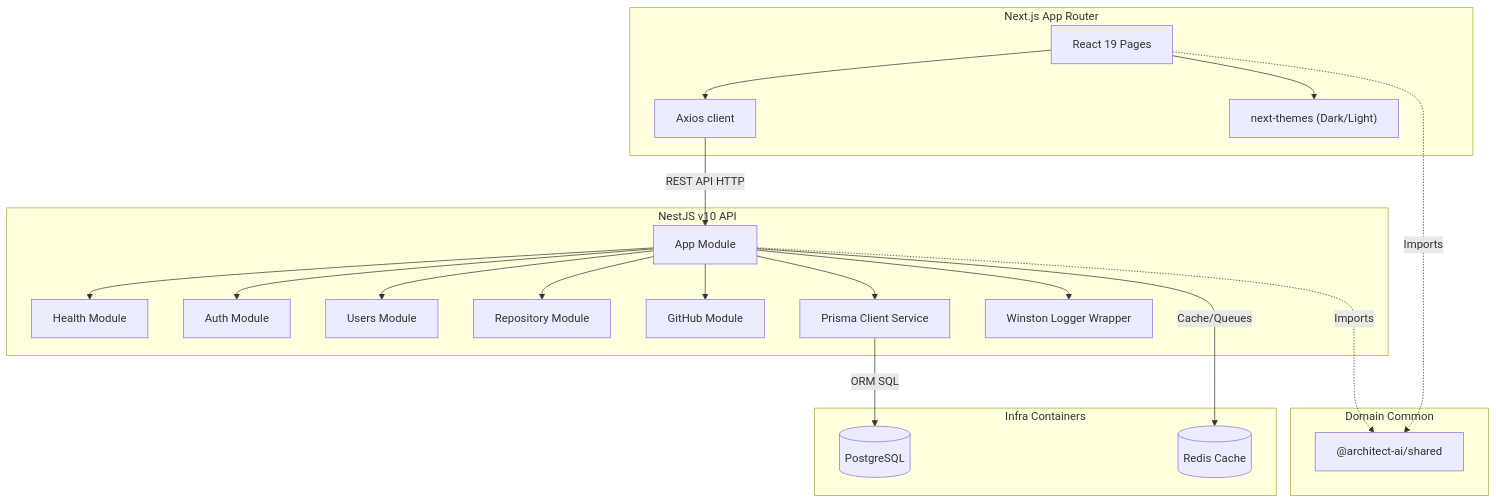
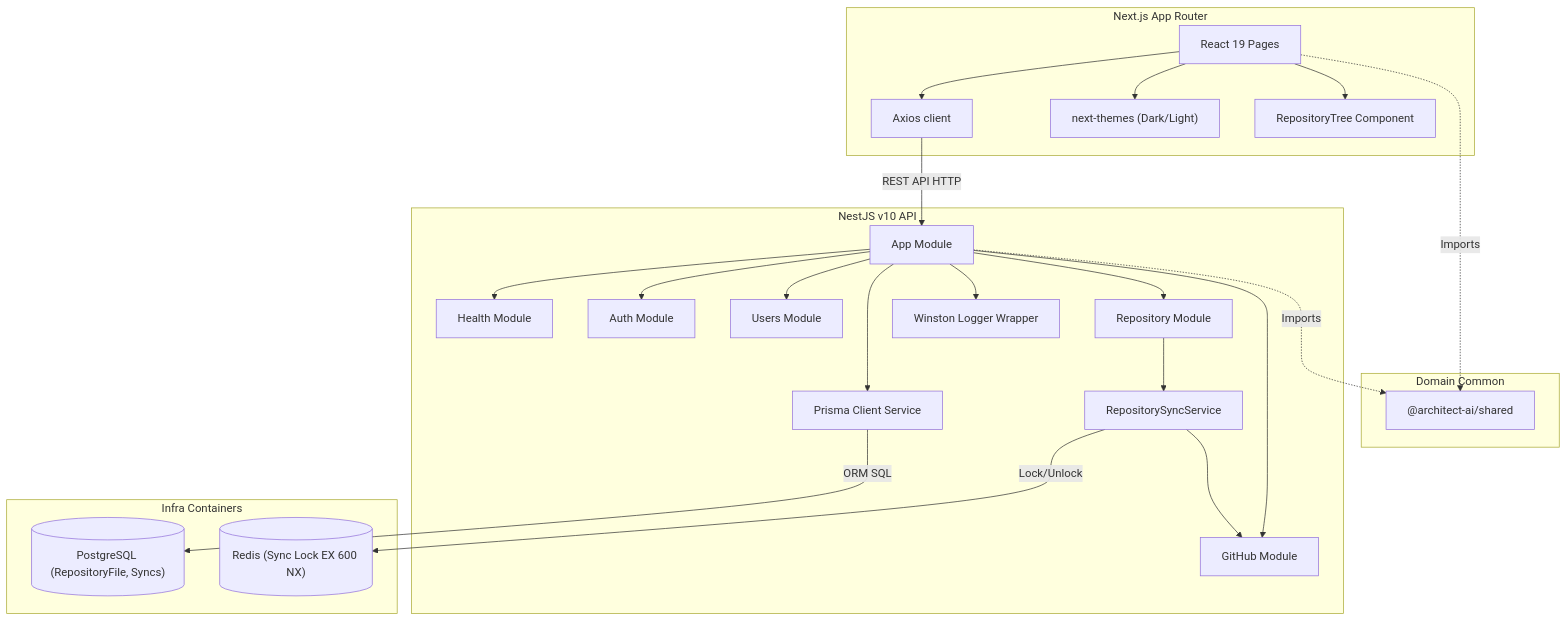
One commit to TROJAN1HAMMER/ArchitectureAI changed the diagram in README.md. Above: the diagram before and after it, drawn with Mermaid. The commit also changed other lines of this file and 23 other files, not shown here.

````diff
--- a/README.md
+++ b/README.md
@@ -45,45 +46,51 @@
 ```mermaid
 graph TD
     subgraph Frontend ["Next.js App Router"]
         UI["React 19 Pages"]
         Axios["Axios client"]
         Theme["next-themes (Dark/Light)"]
+        TreeUI["RepositoryTree Component"]
         UI --> Axios
         UI --> Theme
+        UI --> TreeUI
     end
 
     subgraph Shared ["Domain Common"]
         SharedLib["@architect-ai/shared"]
     end
 
     subgraph Backend ["NestJS v10 API"]
         App["App Module"]
         Health["Health Module"]
         Auth["Auth Module"]
         Users["Users Module"]
         Repo["Repository Module"]
+        RepoSync["RepositorySyncService"]
         GitHub["GitHub Module"]
         PrismaService["Prisma Client Service"]
         LoggerService["Winston Logger Wrapper"]
 
         App --> Health
         App --> Auth
         App --> Users
         App --> Repo
         App --> GitHub
         App --> PrismaService
         App --> LoggerService
+
+        Repo --> RepoSync
+        RepoSync --> GitHub
     end
 
     subgraph Persistence ["Infra Containers"]
-        Postgres[("PostgreSQL")]
-        Redis[("Redis Cache")]
+        Postgres[("PostgreSQL (RepositoryFile, Syncs)")]
+        Redis[("Redis (Sync Lock EX 600 NX)")]
     end
 
     Axios -->|REST API HTTP| App
     PrismaService -->|ORM SQL| Postgres
-    App -->|Cache/Queues| Redis
+    RepoSync -->|Lock/Unlock| Redis
 
     UI -..->|Imports| SharedLib
     App -..->|Imports| SharedLib
 ```
````
